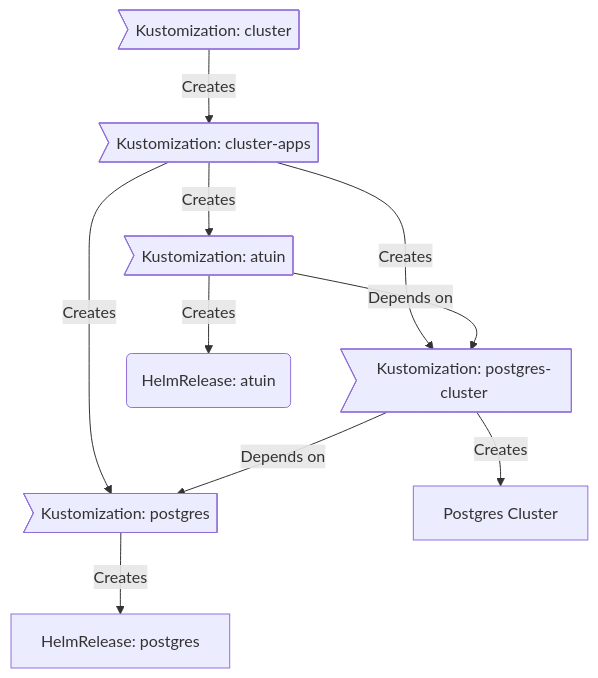
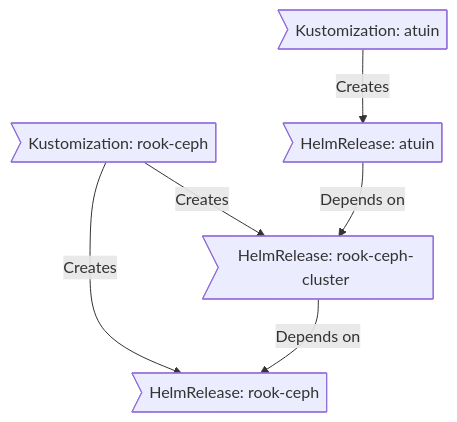
The diagram in README.md (LukeEvansTech/talos-cluster), drawn with Mermaid before and after one commit. The commit also changed other lines of this file, not shown here.

Commit message:
docs(README): update Flux workflow description and dependency graph

````diff
--- a/README.md
+++ b/README.md
@@ -80,12 +80,8 @@
 ```mermaid
-graph TD;
-  id1>Kustomization: cluster] -->|Creates| id2>Kustomization: cluster-apps];
-  id2>Kustomization: cluster-apps] -->|Creates| id3>Kustomization: postgres];
-  id2>Kustomization: cluster-apps] -->|Creates| id5>Kustomization: postgres-cluster]
-  id2>Kustomization: cluster-apps] -->|Creates| id8>Kustomization: atuin]
-  id3>Kustomization: postgres] -->|Creates| id4[HelmRelease: postgres];
-  id5>Kustomization: postgres-cluster] -->|Depends on| id3>Kustomization: postgres];
-  id5>Kustomization: postgres-cluster] -->|Creates| id10[Postgres Cluster];
-  id8>Kustomization: atuin] -->|Creates| id9(HelmRelease: atuin);
-  id8>Kustomization: atuin] -->|Depends on| id5>Kustomization: postgres-cluster];
+graph TD
+    A>Kustomization: rook-ceph] -->|Creates| B[HelmRelease: rook-ceph]
+    A>Kustomization: rook-ceph] -->|Creates| C[HelmRelease: rook-ceph-cluster]
+    C>HelmRelease: rook-ceph-cluster] -->|Depends on| B>HelmRelease: rook-ceph]
+    D>Kustomization: atuin] -->|Creates| E(HelmRelease: atuin)
+    E>HelmRelease: atuin] -->|Depends on| C>HelmRelease: rook-ceph-cluster]
 ```
````
